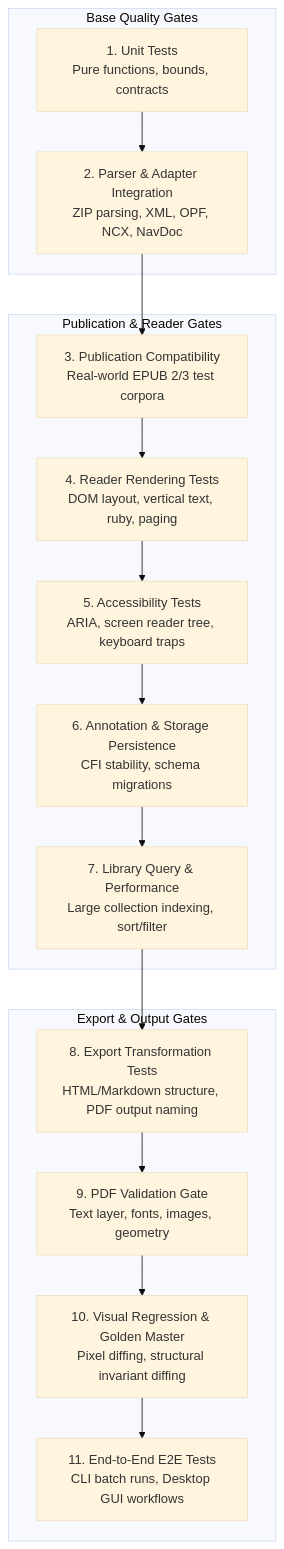
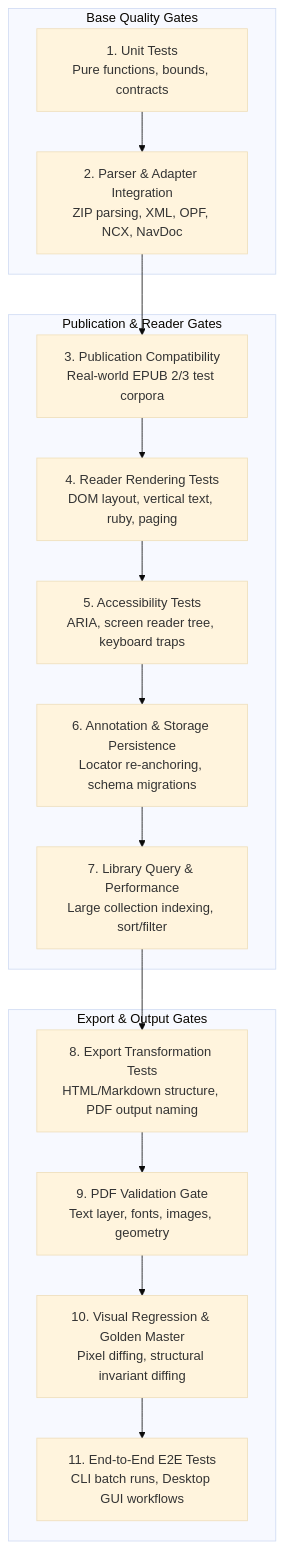
The second of 2 diagrams in docs/test-strategy.md (bosatsu25/ReflowPress), drawn with Mermaid (base theme) before and after one commit. The commit also changed other lines of this file and 4 other files, not shown here.

````diff
--- a/docs/test-strategy.md
+++ b/docs/test-strategy.md
@@ -36,24 +36,24 @@
 ```mermaid
 flowchart TD
     subgraph FOUNDATION[Base Quality Gates]
         L1[1. Unit Tests<br/>Pure functions, bounds, contracts]
         L2[2. Parser & Adapter Integration<br/>ZIP parsing, XML, OPF, NCX, NavDoc]
     end
 
     subgraph WORKBENCH[Publication & Reader Gates]
         L3[3. Publication Compatibility<br/>Real-world EPUB 2/3 test corpora]
         L4[4. Reader Rendering Tests<br/>DOM layout, vertical text, ruby, paging]
         L5[5. Accessibility Tests<br/>ARIA, screen reader tree, keyboard traps]
-        L6[6. Annotation & Storage Persistence<br/>CFI stability, schema migrations]
+        L6[6. Annotation & Storage Persistence<br/>Locator re-anchoring, schema migrations]
         L7[7. Library Query & Performance<br/>Large collection indexing, sort/filter]
     end
 
     subgraph TRANSFORMATION[Export & Output Gates]
         L8[8. Export Transformation Tests<br/>HTML/Markdown structure, PDF output naming]
         L9[9. PDF Validation Gate<br/>Text layer, fonts, images, geometry]
         L10[10. Visual Regression & Golden Master<br/>Pixel diffing, structural invariant diffing]
         L11[11. End-to-End E2E Tests<br/>CLI batch runs, Desktop GUI workflows]
     end
 
     L1 --> L2 --> L3 --> L4 --> L5 --> L6 --> L7 --> L8 --> L9 --> L10 --> L11
 ```
````
